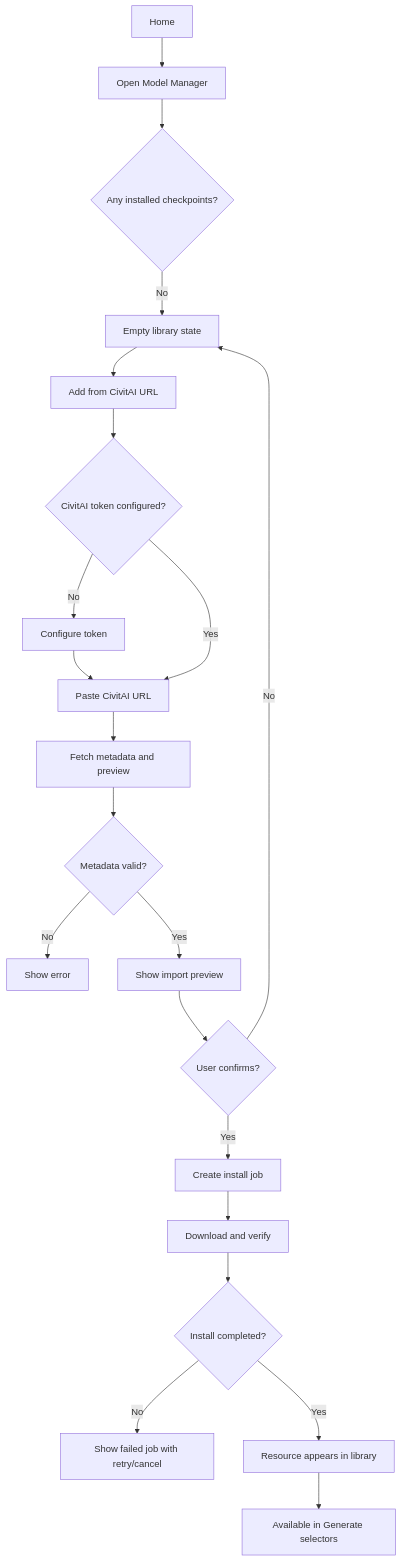
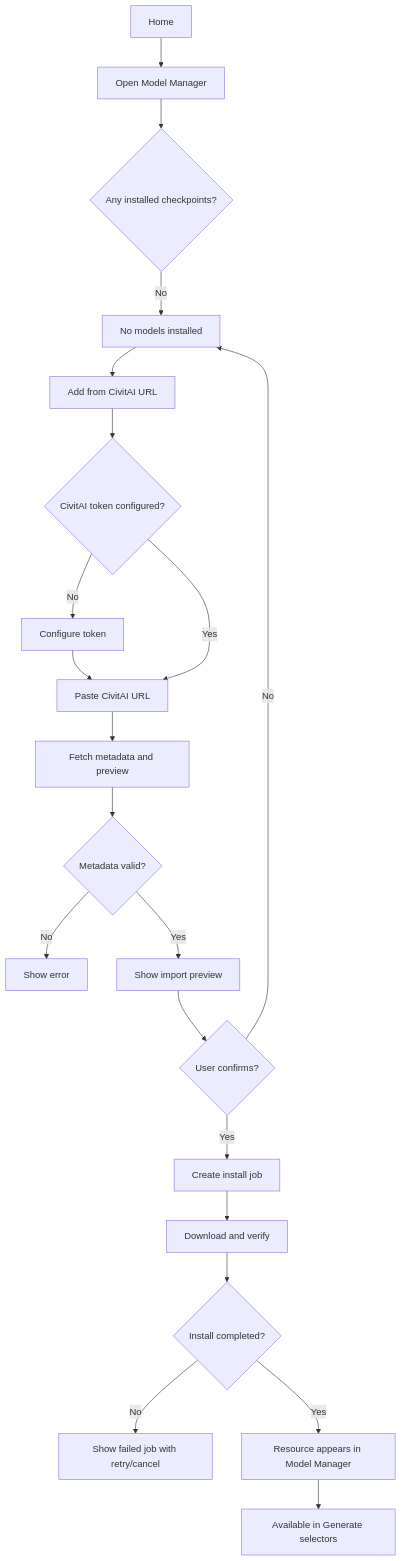
The first of 7 diagrams in docs/features/model-manager.md (BMFreed/imagegen-studio), drawn with Mermaid before and after one commit. The commit also changed other lines of this file and 5 other files, not shown here.

First line of the commit message:
Refine Model Manager docs and navigation

````diff
--- a/docs/features/model-manager.md
+++ b/docs/features/model-manager.md
@@ -338,23 +352,23 @@
 ```mermaid
 flowchart TD
   A["Home"] --> B["Open Model Manager"]
   B --> C{"Any installed checkpoints?"}
-  C -- "No" --> D["Empty library state"]
+  C -- "No" --> D["No models installed"]
   D --> E["Add from CivitAI URL"]
   E --> F{"CivitAI token configured?"}
   F -- "No" --> G["Configure token"]
   G --> H["Paste CivitAI URL"]
   F -- "Yes" --> H
   H --> I["Fetch metadata and preview"]
   I --> J{"Metadata valid?"}
   J -- "No" --> K["Show error"]
   J -- "Yes" --> L["Show import preview"]
   L --> M{"User confirms?"}
   M -- "No" --> D
   M -- "Yes" --> N["Create install job"]
   N --> O["Download and verify"]
   O --> P{"Install completed?"}
   P -- "No" --> Q["Show failed job with retry/cancel"]
-  P -- "Yes" --> R["Resource appears in library"]
+  P -- "Yes" --> R["Resource appears in Model Manager"]
   R --> S["Available in Generate selectors"]
 ```
````
